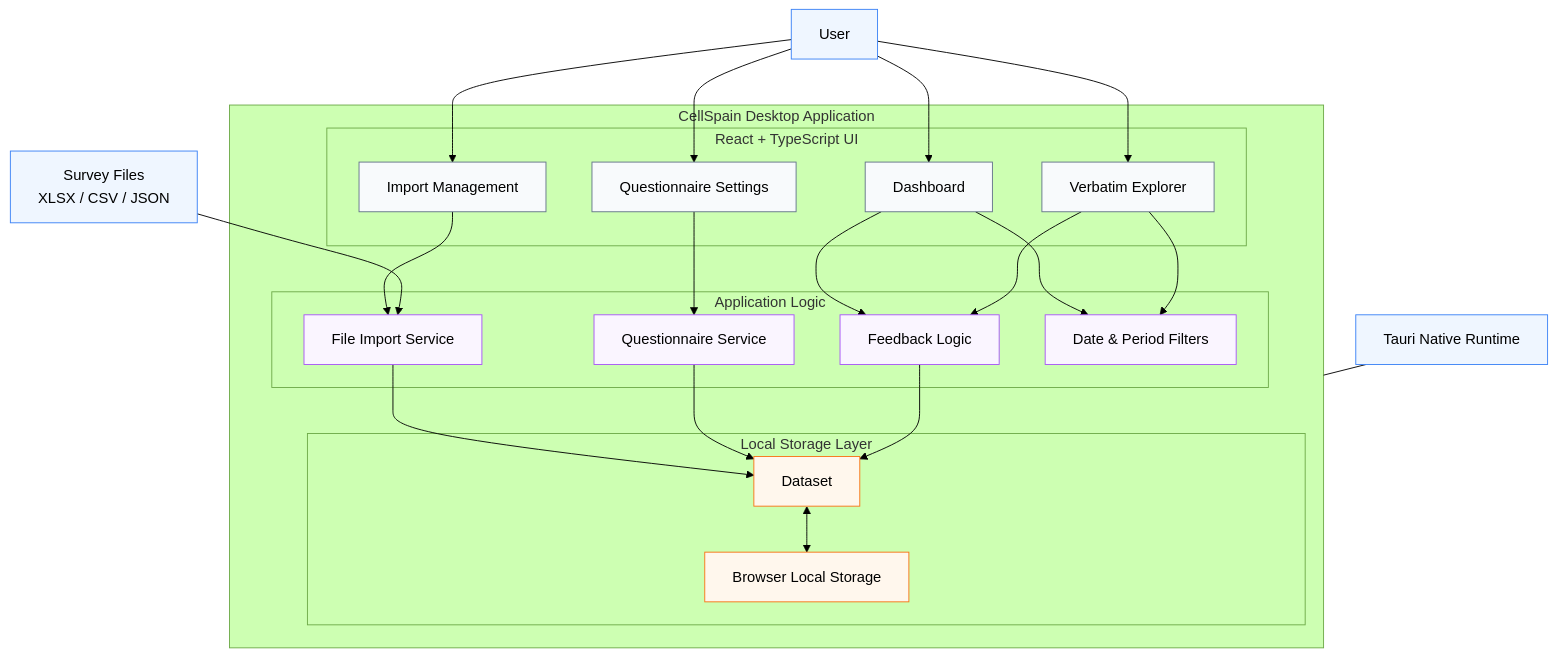
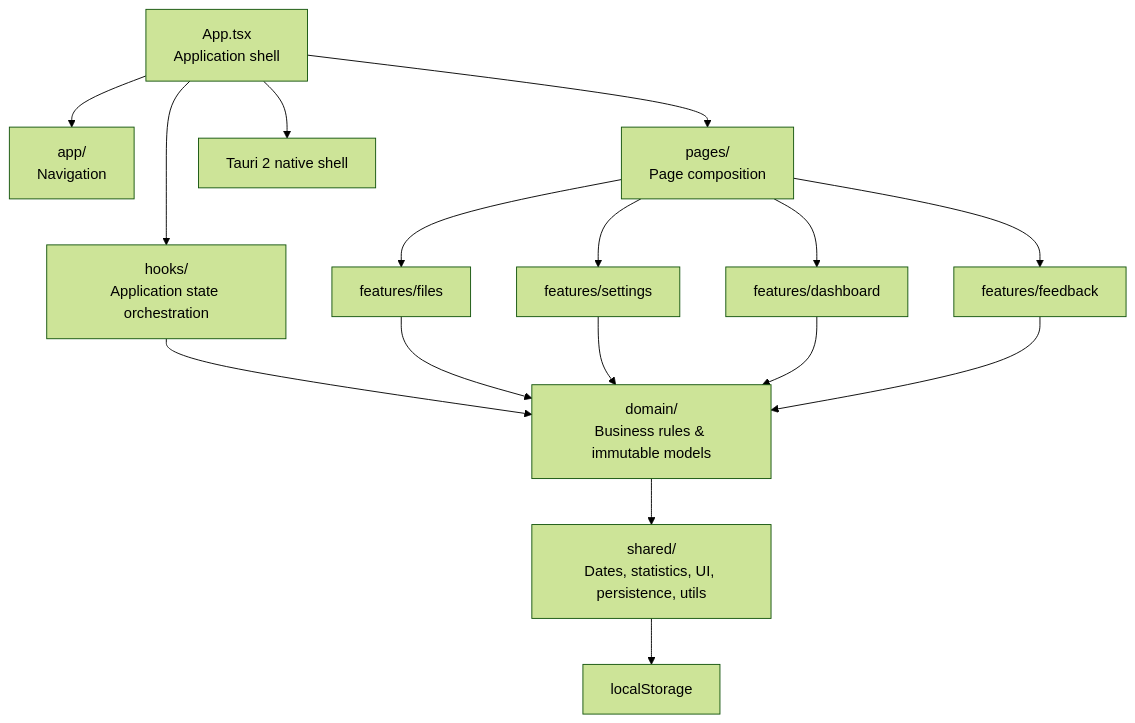
The fifth of 7 diagrams in README.md (nathanda95/CellSpain), drawn with Mermaid (forest theme) before and after one commit. The commit also changed other lines of this file, not shown here.

````diff
--- a/README.md
+++ b/README.md
@@ -676,60 +685,24 @@
 ```mermaid
 flowchart TB
-    USER["User"]
+    APP["App.tsx<br/>Application shell"]
 
-    subgraph APP["CellSpain Desktop Application"]
+    APP --> HEADER["app/<br/>Navigation"]
+    APP --> PAGES["pages/<br/>Page composition"]
+    APP --> HOOKS["hooks/<br/>Application state orchestration"]
 
-        subgraph UI["React + TypeScript UI"]
-            DASH["Dashboard"]
-            VERB["Verbatim Explorer"]
-            REPORTS["Import Management"]
-            SETTINGS["Questionnaire Settings"]
-        end
+    PAGES --> DASHFEATURE["features/dashboard"]
+    PAGES --> FEEDBACKFEATURE["features/feedback"]
+    PAGES --> FILEFEATURE["features/files"]
+    PAGES --> SETTINGSFEATURE["features/settings"]
 
-        subgraph SERVICES["Application Logic"]
-            FILES["File Import Service"]
-            FEEDBACK["Feedback Logic"]
-            QUESTIONNAIRE["Questionnaire Service"]
-            FILTERS["Date & Period Filters"]
-        end
+    HOOKS --> DOMAIN["domain/<br/>Business rules & immutable models"]
+    FILEFEATURE --> DOMAIN
+    SETTINGSFEATURE --> DOMAIN
+    DASHFEATURE --> DOMAIN
+    FEEDBACKFEATURE --> DOMAIN
 
-        subgraph LOCAL["Local Storage Layer"]
-            DATASET["Dataset"]
-            STORAGE["Browser Local Storage"]
-        end
+    DOMAIN --> SHARED["shared/<br/>Dates, statistics, UI, persistence, utils"]
 
-        DASH --> FEEDBACK
-        DASH --> FILTERS
-
-        VERB --> FEEDBACK
-        VERB --> FILTERS
-
-        REPORTS --> FILES
-        SETTINGS --> QUESTIONNAIRE
-
-        FILES --> DATASET
-        QUESTIONNAIRE --> DATASET
-        FEEDBACK --> DATASET
-
-        DATASET <--> STORAGE
-    end
-
-    SURVEY["Survey Files<br/>XLSX / CSV / JSON"] --> FILES
-
-    USER --> DASH
-    USER --> VERB
-    USER --> REPORTS
-    USER --> SETTINGS
-
-    TAURI["Tauri Native Runtime"] --- APP
-
-    classDef external fill:#eff6ff,stroke:#3b82f6
-    classDef ui fill:#f8fafc,stroke:#64748b
-    classDef service fill:#faf5ff,stroke:#a855f7
-    classDef storage fill:#fff7ed,stroke:#f97316
-
-    class USER,SURVEY,TAURI external
-    class DASH,VERB,REPORTS,SETTINGS ui
-    class FILES,FEEDBACK,QUESTIONNAIRE,FILTERS service
-    class DATASET,STORAGE storage
+    SHARED --> STORAGE["localStorage"]
+    APP --> TAURI["Tauri 2 native shell"]
 ```
````
